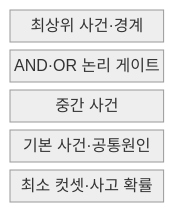
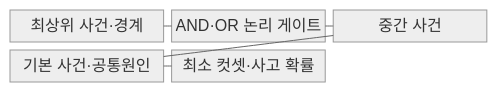
The first of 2 diagrams in src/content/docs/notes/06-evaluation/026_fault_tree_analysis.md (agnusdei1207/knowledge-base), drawn with Mermaid (neutral theme) before and after one commit. The commit also changed other lines of this file and 53 other files, not shown here.

````diff
--- a/src/content/docs/notes/06-evaluation/026_fault_tree_analysis.md
+++ b/src/content/docs/notes/06-evaluation/026_fault_tree_analysis.md
@@ -59,9 +59,13 @@
 ```mermaid
 block-beta
-  columns 1
+  columns 3
   T["최상위 사건·경계"]
   G["AND·OR 논리 게이트"]
   I["중간 사건"]
   B["기본 사건·공통원인"]
   C["최소 컷셋·사고 확률"]
+  T --- G
+  G --- I
+  I --- B
+  B --- C
 ```
````
